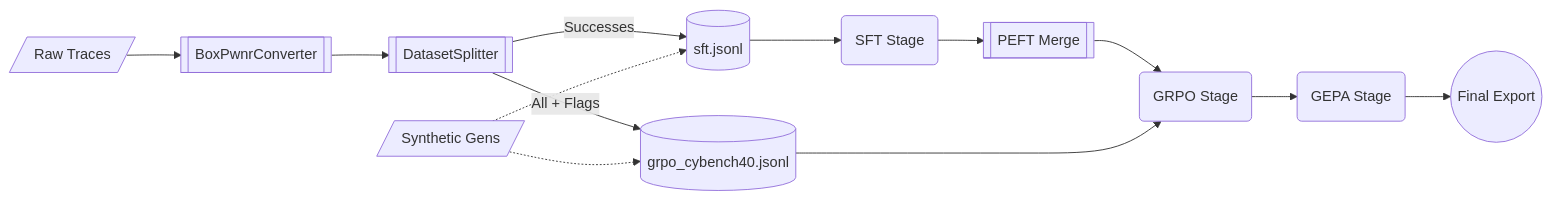
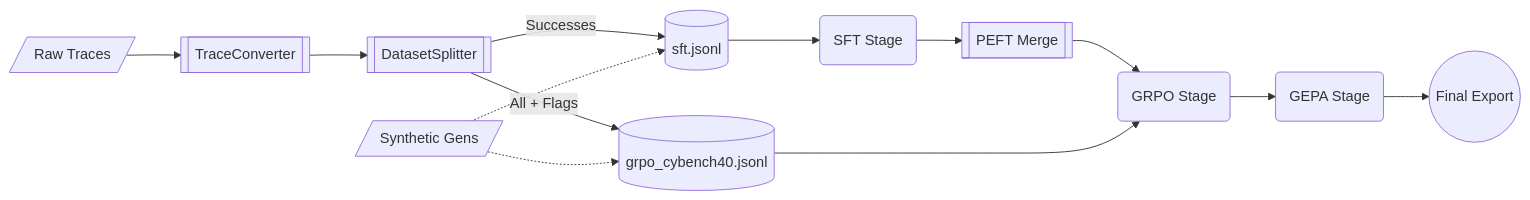
The second of 5 diagrams in docs/architecture.md (westonbrown/open-ctf-env), drawn with Mermaid before and after one commit. The commit also changed other lines of this file and 26 other files, not shown here.

````diff
--- a/docs/architecture.md
+++ b/docs/architecture.md
@@ -105,27 +110,27 @@
 ```mermaid
 flowchart LR
     %% Definitions
     Traces[/"Raw Traces"/]
     Synth[/"Synthetic Gens"/]
-    Converter[["BoxPwnrConverter"]]
+    Converter[["TraceConverter"]]
     Splitter[["DatasetSplitter"]]
     
     SFT_DB[("sft.jsonl")]
     GRPO_DB[("grpo_cybench40.jsonl")]
 
     SFT("SFT Stage")
     Merge[["PEFT Merge"]]
     GRPO("GRPO Stage")
     GEPA("GEPA Stage")
     Model(("Final Export"))
 
     %% Flow
     Traces --> Converter --> Splitter
     Splitter -- "Successes" --> SFT_DB
     Splitter -- "All + Flags" --> GRPO_DB
     Synth -.-> SFT_DB & GRPO_DB
 
     SFT_DB --> SFT --> Merge --> GRPO
     GRPO_DB --> GRPO
     GRPO --> GEPA --> Model
 ```
````
